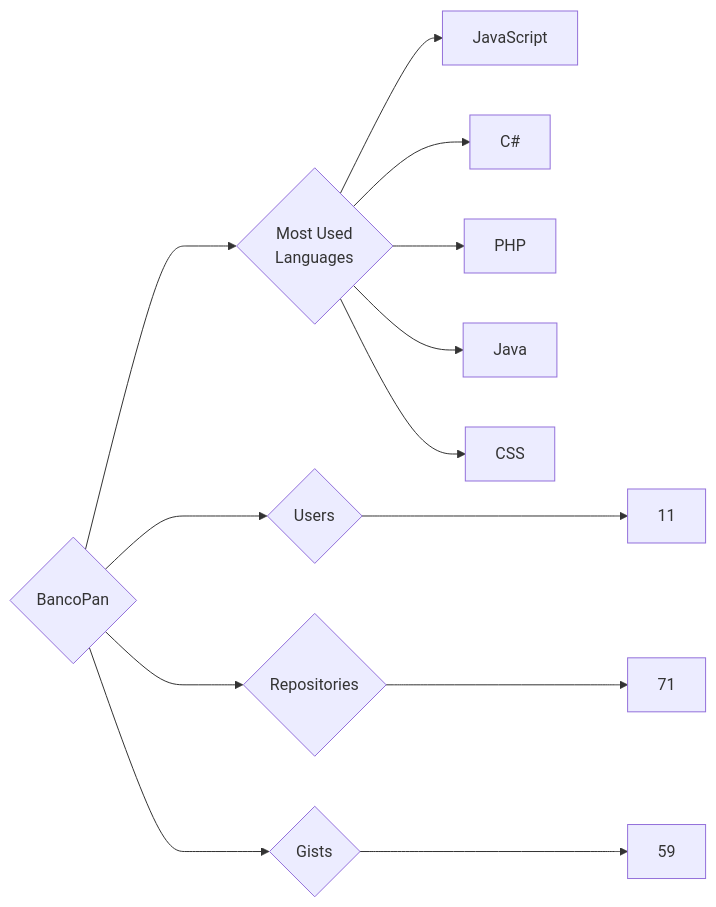
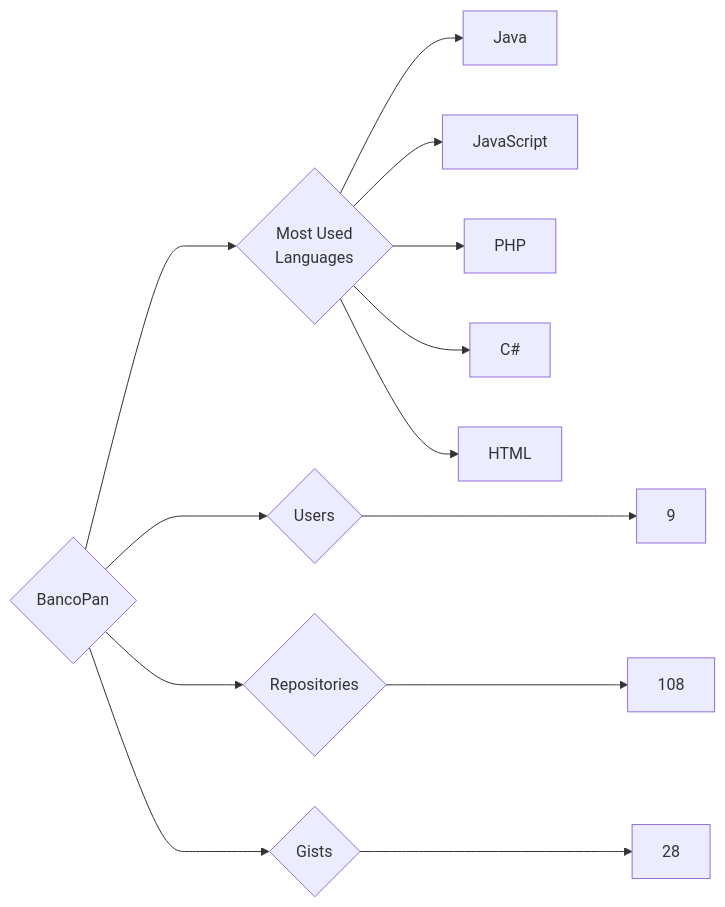
The diagram in targets/BancoPan/README.md (trickest/insiders), drawn with Mermaid before and after one commit. The commit also changed 1148 other files, not shown here.

````diff
--- a/targets/BancoPan/README.md
+++ b/targets/BancoPan/README.md
@@ -3,13 +3,13 @@
 ```mermaid
 graph LR
 COMPANY_NAME{BancoPan}
-COMPANY_NAME ---> U{Users} ---> UN[11]
-COMPANY_NAME ---> R{Repositories} ---> RN[71]
-COMPANY_NAME ---> G{Gists} ---> GN[59]
+COMPANY_NAME ---> U{Users} ---> UN[9]
+COMPANY_NAME ---> R{Repositories} ---> RN[108]
+COMPANY_NAME ---> G{Gists} ---> GN[28]
 COMPANY_NAME ---> ML{Most Used<br>Languages}
+ML --> Java[Java]
 ML --> JavaScript[JavaScript]
+ML --> PHP[PHP]
 ML --> C#[C#]
-ML --> PHP[PHP]
-ML --> Java[Java]
-ML --> CSS[CSS]
+ML --> HTML[HTML]
 ```
````
